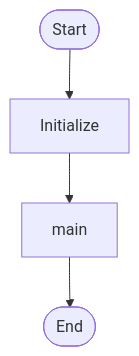
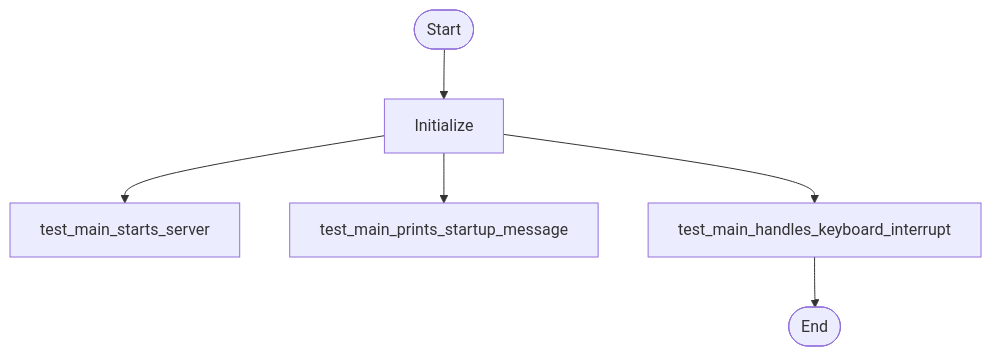
The first of 8 diagrams in docs/auto/ARCHITECTURE_AUTO.md (zepfu/llama-gguf-inference), drawn with Mermaid before and after one commit. The commit also changed other lines of this file and 2 other files, not shown here.

````diff
--- a/docs/auto/ARCHITECTURE_AUTO.md
+++ b/docs/auto/ARCHITECTURE_AUTO.md
@@ -27,6 +27,8 @@
 ```mermaid
 flowchart TD
     Start([Start]) --> Init[Initialize]
-    Init --> main[main]
-    main --> End([End])
+    Init --> testmainstartsserver[test_main_starts_server]
+    Init --> testmainprintsstartupmessage[test_main_prints_startup_message]
+    Init --> testmainhandleskeyboardinterrupt[test_main_handles_keyboard_interrupt]
+    testmainhandleskeyboardinterrupt --> End([End])
 ```
````
